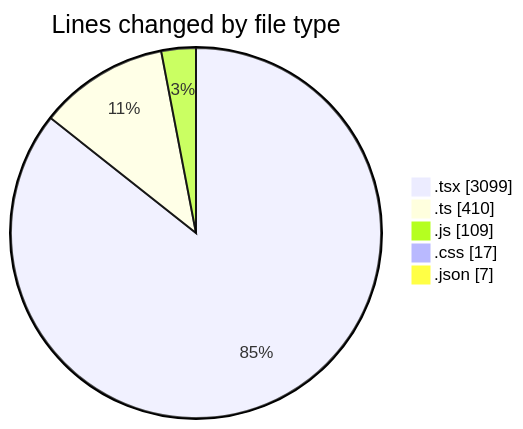
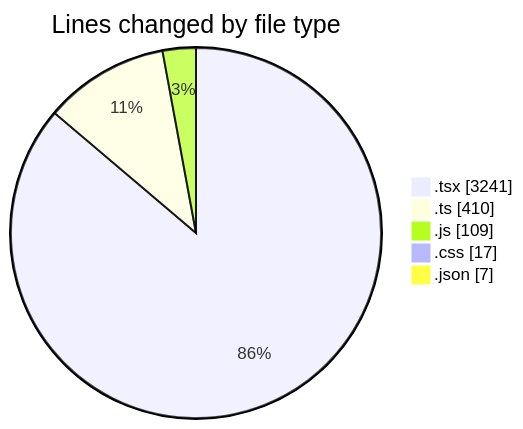
Before and after one commit to robertbonfada/code-tracking: the first of 2 diagrams in 2025-01-17/mbc-web/README.md, drawn with Mermaid. The commit also changed other lines of this file and 1 other file, not shown here.

````diff
--- a/2025-01-17/mbc-web/README.md
+++ b/2025-01-17/mbc-web/README.md
@@ -37,9 +38,9 @@
 ```mermaid
 pie showData
 title Lines changed by file type
-".tsx" : 3099
+".tsx" : 3241
 ".ts" : 410
 ".js" : 109
 ".css" : 17
 ".json" : 7
 ```
````
